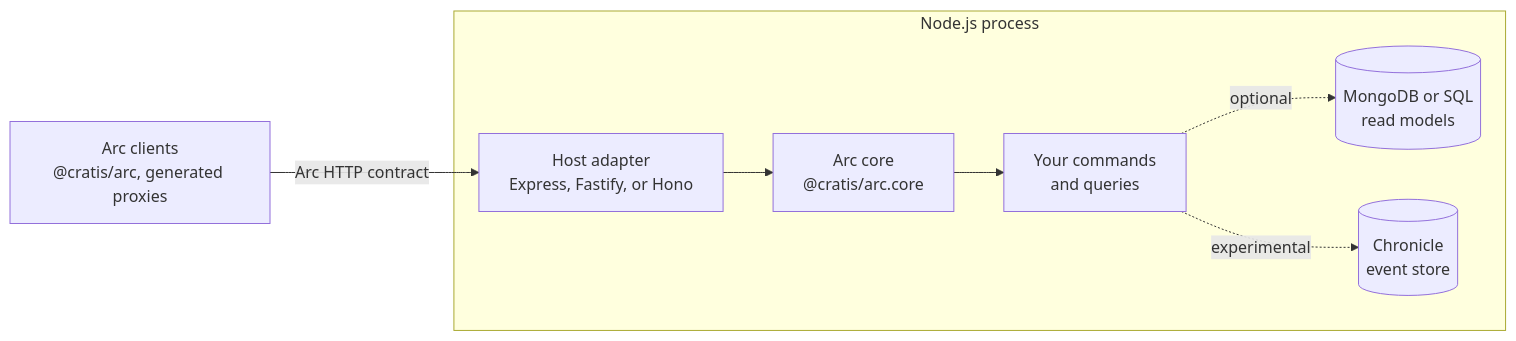
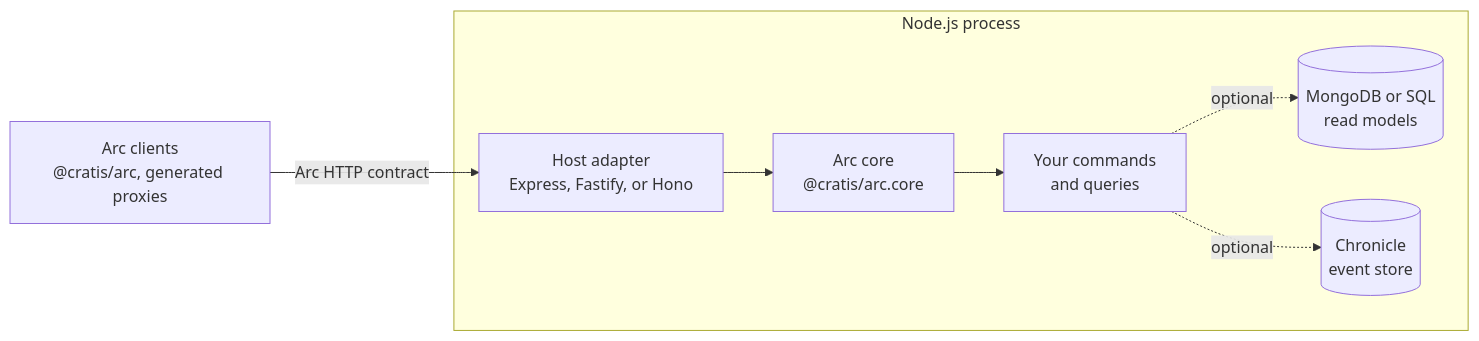
Before and after one commit to Cratis/Arc.TypeScript: the diagram in Documentation/architecture.md, drawn with Mermaid. The commit also changed other lines of this file and 45 other files, not shown here.

````diff
--- a/Documentation/architecture.md
+++ b/Documentation/architecture.md
@@ -14,10 +14,10 @@
 ```mermaid
 flowchart LR
     Client["Arc clients<br/>@cratis/arc, generated proxies"] -->|Arc HTTP contract| Adapter
     subgraph Server["Node.js process"]
         Adapter["Host adapter<br/>Express, Fastify, or Hono"] --> Core["Arc core<br/>@cratis/arc.core"]
         Core --> App["Your commands<br/>and queries"]
         App -.optional.-> Mongo[("MongoDB or SQL<br/>read models")]
-        App -.experimental.-> Chronicle[("Chronicle<br/>event store")]
+        App -.optional.-> Chronicle[("Chronicle<br/>event store")]
     end
 ```
````
